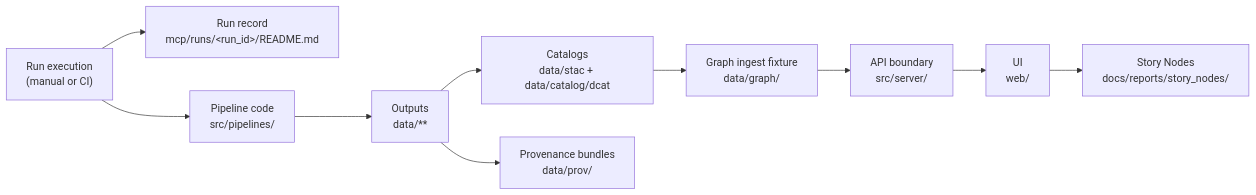
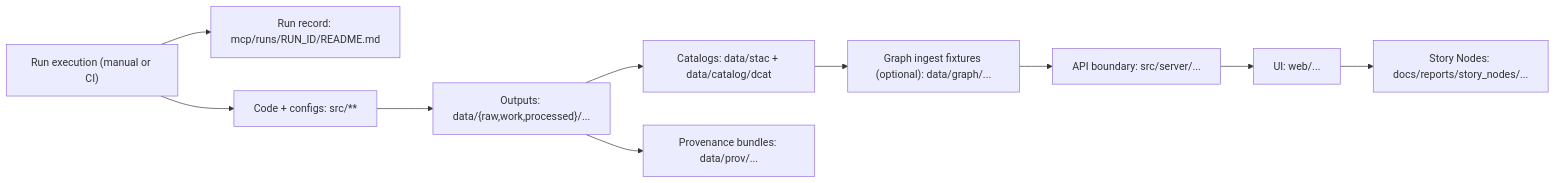
The diagram in mcp/runs/README.md (bartytime4life/Kansas-Frontier-Matrix), drawn with Mermaid before and after one commit. The commit also changed other lines of this file, not shown here.

```diff
--- a/mcp/runs/README.md
+++ b/mcp/runs/README.md
@@ -146,12 +150,12 @@
 ~~~mermaid
 flowchart LR
-  A["Run execution<br/>(manual or CI)"] --> B["Run record<br/>mcp/runs/&lt;run_id&gt;/README.md"]
-  A --> C["Pipeline code<br/>src/pipelines/"]
-  C --> D["Outputs<br/>data/**"]
-  D --> E["Catalogs<br/>data/stac + data/catalog/dcat"]
-  D --> F["Provenance bundles<br/>data/prov/"]
-  E --> G["Graph ingest fixture<br/>data/graph/"]
-  G --> H["API boundary<br/>src/server/"]
-  H --> I["UI<br/>web/"]
-  I --> J["Story Nodes<br/>docs/reports/story_nodes/"]
+  A["Run execution (manual or CI)"] --> B["Run record: mcp/runs/RUN_ID/README.md"]
+  A --> C["Code + configs: src/**"]
+  C --> D["Outputs: data/{raw,work,processed}/..."]
+  D --> E["Catalogs: data/stac + data/catalog/dcat"]
+  D --> F["Provenance bundles: data/prov/..."]
+  E --> G["Graph ingest fixtures (optional): data/graph/..."]
+  G --> H["API boundary: src/server/..."]
+  H --> I["UI: web/..."]
+  I --> J["Story Nodes: docs/reports/story_nodes/..."]
 ~~~
```
